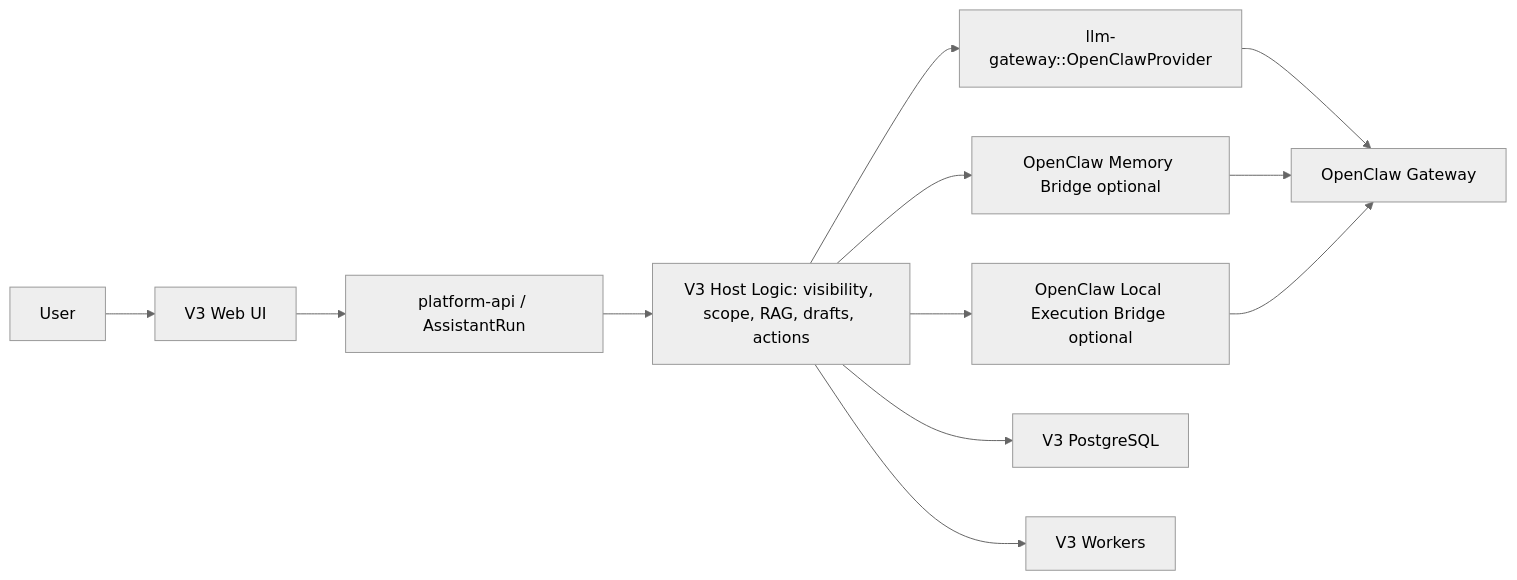
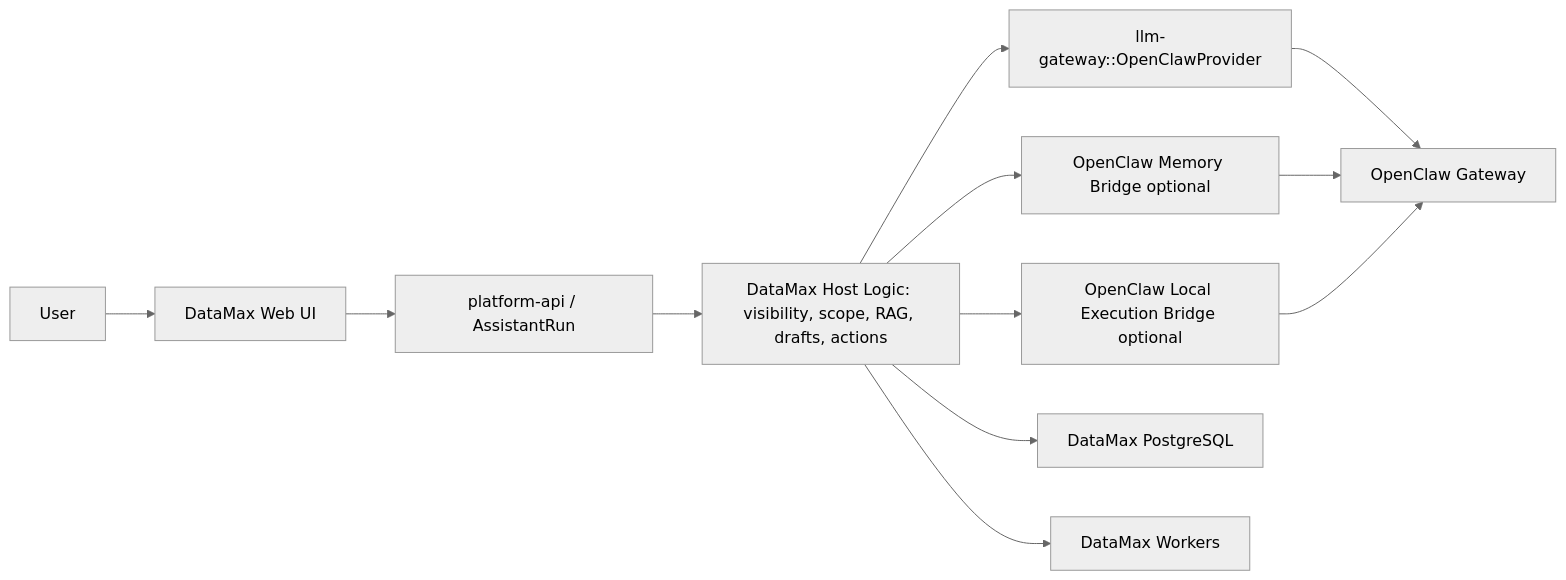
The diagram in docs/plans/2026-04-29-openclaw-extension-adapter-plan.md (souleyez/AIV3), drawn with Mermaid (neutral theme) before and after one commit. The commit also changed other lines of this file and 75 other files, not shown here.

Commit message:
Preserve streamed report links and DataMax branding

````diff
--- a/docs/plans/2026-04-29-openclaw-extension-adapter-plan.md
+++ b/docs/plans/2026-04-29-openclaw-extension-adapter-plan.md
@@ -89,25 +89,25 @@
 ```mermaid
 flowchart LR
   User["User"]
-  Web["V3 Web UI"]
+  Web["DataMax Web UI"]
   API["platform-api / AssistantRun"]
-  Host["V3 Host Logic: visibility, scope, RAG, drafts, actions"]
+  Host["DataMax Host Logic: visibility, scope, RAG, drafts, actions"]
   Gateway["llm-gateway::OpenClawProvider"]
   MemoryBridge["OpenClaw Memory Bridge optional"]
   ExecBridge["OpenClaw Local Execution Bridge optional"]
   OpenClaw["OpenClaw Gateway"]
-  DB["V3 PostgreSQL"]
-  Workers["V3 Workers"]
+  DB["DataMax PostgreSQL"]
+  Workers["DataMax Workers"]
 
   User --> Web
   Web --> API
   API --> Host
   Host --> DB
   Host --> Gateway
   Gateway --> OpenClaw
   Host --> MemoryBridge
   MemoryBridge --> OpenClaw
   Host --> ExecBridge
   ExecBridge --> OpenClaw
   Host --> Workers
 ```
````
